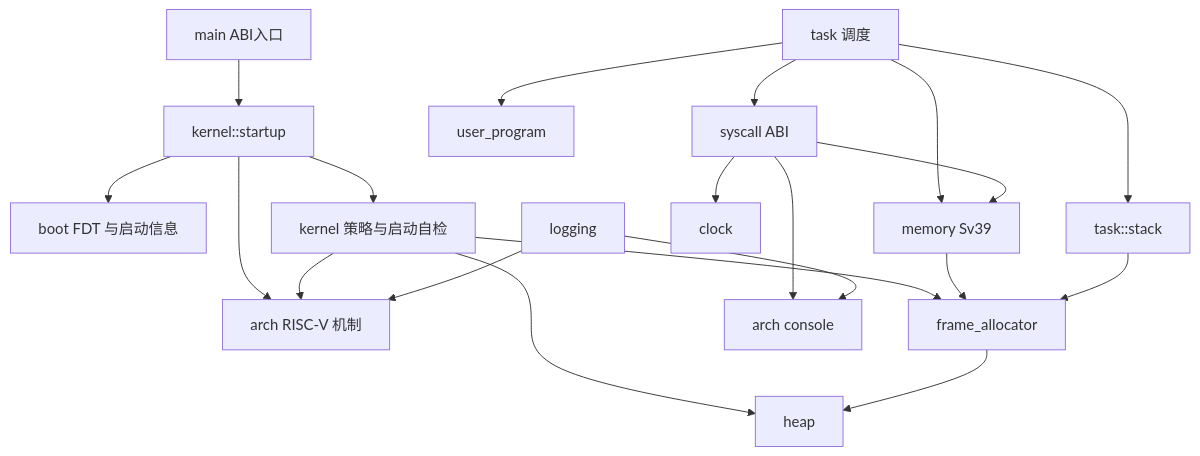
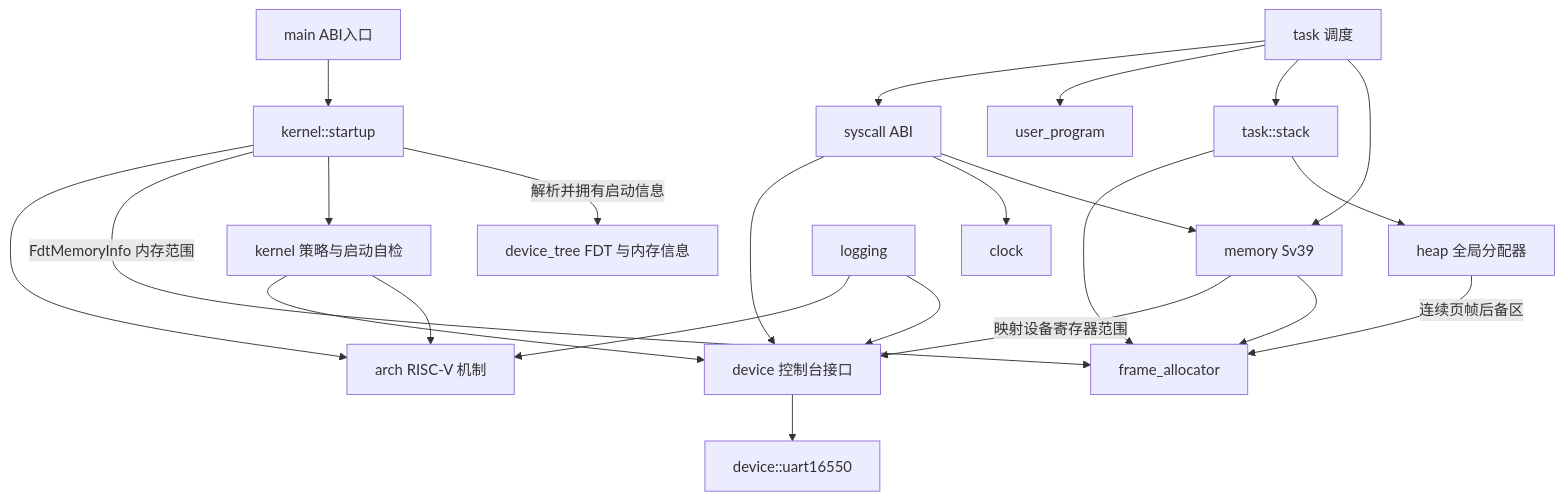
One commit to logeable/fullemu changed the diagram in docs/architecture.md. Above: the diagram before and after it, drawn with Mermaid. The commit also changed other lines of this file and 34 other files, not shown here.

````diff
--- a/docs/architecture.md
+++ b/docs/architecture.md
@@ -35,22 +61,25 @@
 ```mermaid
 flowchart TD
     Main[main ABI入口] --> Startup[kernel::startup]
-    Startup --> Boot[boot FDT 与启动信息]
+    Startup -->|解析并拥有启动信息| DeviceTree[device_tree FDT 与内存信息]
     Startup --> Kernel[kernel 策略与启动自检]
+    Startup -->|FdtMemoryInfo 内存范围| Frames[frame_allocator]
+    Heap[heap 全局分配器] -->|连续页帧后备区| Frames
     Startup --> Arch[arch RISC-V 机制]
     Kernel --> Arch
-    Kernel --> Heap[heap]
-    Kernel --> Frames[frame_allocator]
-    Frames --> Heap
+    Kernel --> Device[device 控制台接口]
+    Device --> Uart[device::uart16550]
     Memory[memory Sv39] --> Frames
+    Memory -->|映射设备寄存器范围| Device
     Task[task 调度] --> Memory
     Task --> Stack[task::stack]
+    Stack --> Heap
     Stack --> Frames
     Task --> Program[user_program]
     Task --> Syscall[syscall ABI]
     Syscall --> Memory
     Syscall --> Clock[clock]
-    Syscall --> Console[arch console]
-    Logging[logging] --> Console
+    Syscall --> Device
+    Logging[logging] --> Device
     Logging --> Arch
 ```
````
